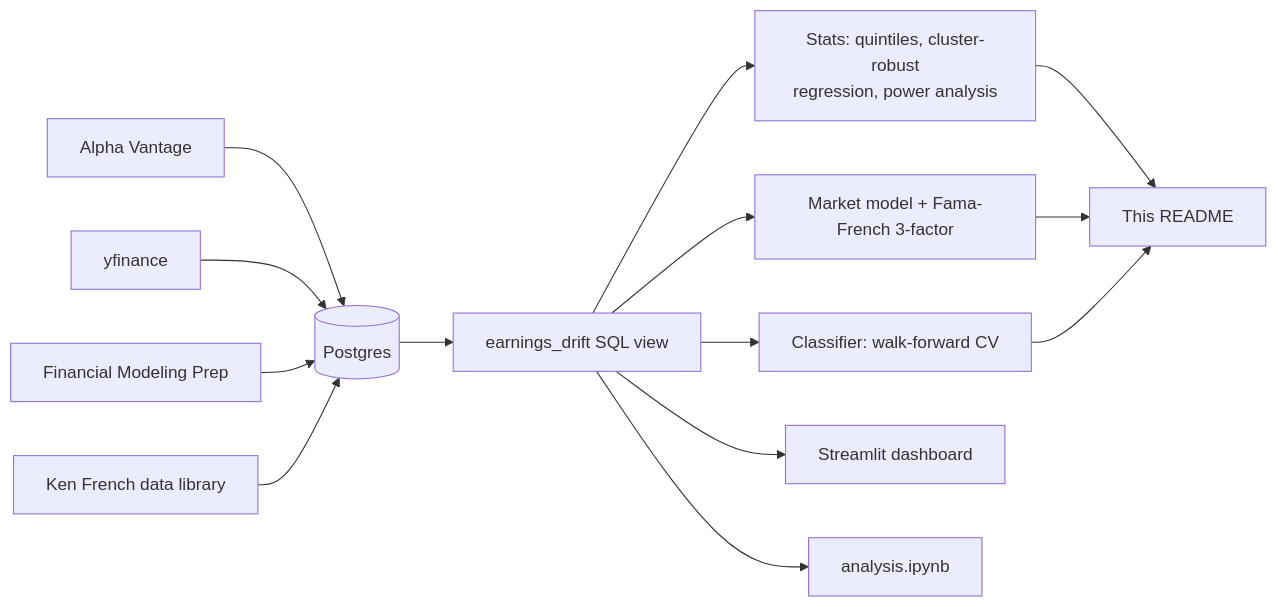
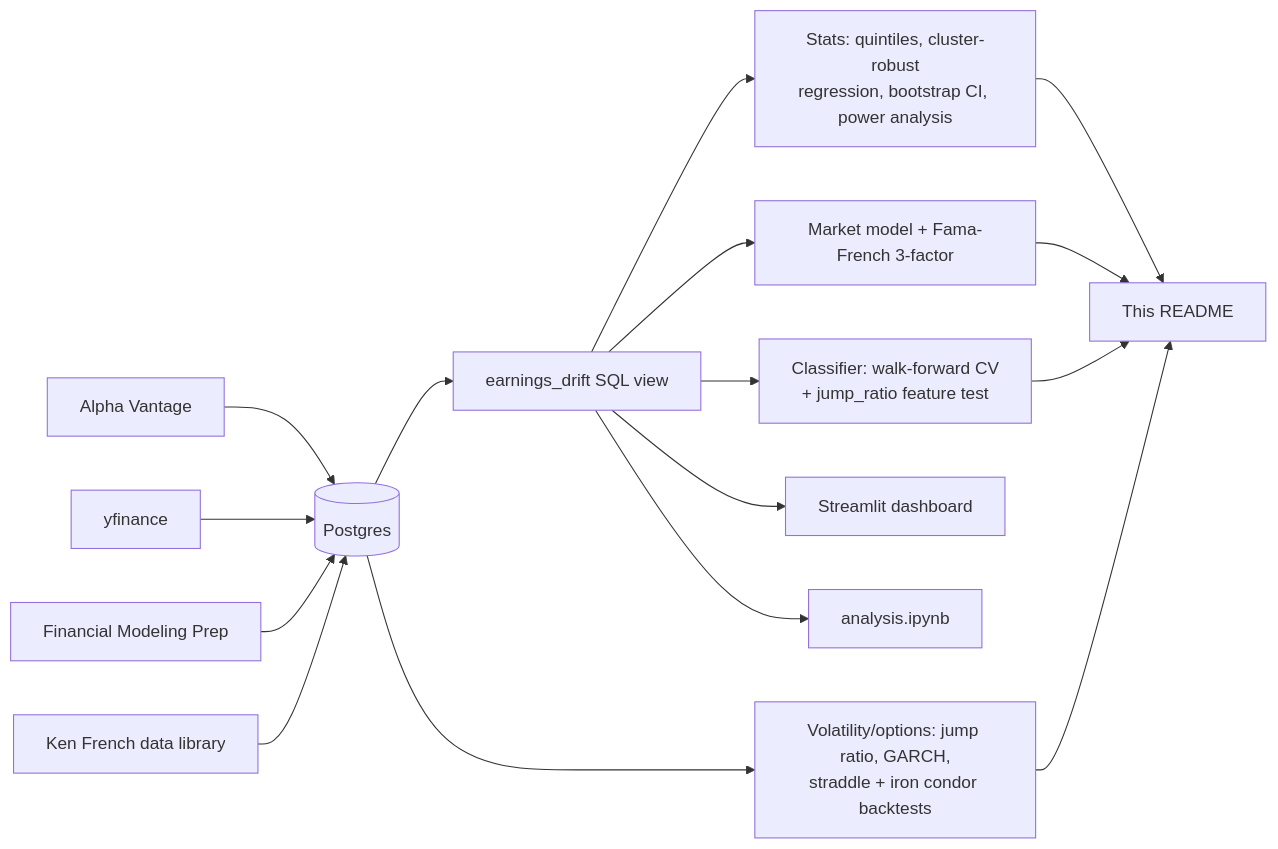
Before and after one commit to Noviath61/pead-project: the diagram in README.md, drawn with Mermaid. The commit also changed other lines of this file, not shown here.

First line of the commit message:
Bring Interpretation and architecture diagram up to date

````diff
--- a/README.md
+++ b/README.md
@@ -65,16 +65,18 @@
 ```mermaid
 flowchart LR
     AV[Alpha Vantage] --> DB[(Postgres)]
     YF[yfinance] --> DB
     FMP[Financial Modeling Prep] --> DB
     FF[Ken French data library] --> DB
     DB --> VIEW[earnings_drift SQL view]
-    VIEW --> STATS[Stats: quintiles, cluster-robust\nregression, power analysis]
+    VIEW --> STATS[Stats: quintiles, cluster-robust\nregression, bootstrap CI, power analysis]
     VIEW --> FACTORS[Market model + Fama-French 3-factor]
-    VIEW --> ML[Classifier: walk-forward CV]
+    VIEW --> ML[Classifier: walk-forward CV\n+ jump_ratio feature test]
+    DB --> VOL[Volatility/options: jump ratio, GARCH,\nstraddle + iron condor backtests]
     VIEW --> DASH[Streamlit dashboard]
     VIEW --> NB[analysis.ipynb]
     STATS --> README[This README]
     FACTORS --> README
     ML --> README
+    VOL --> README
 ```
````
